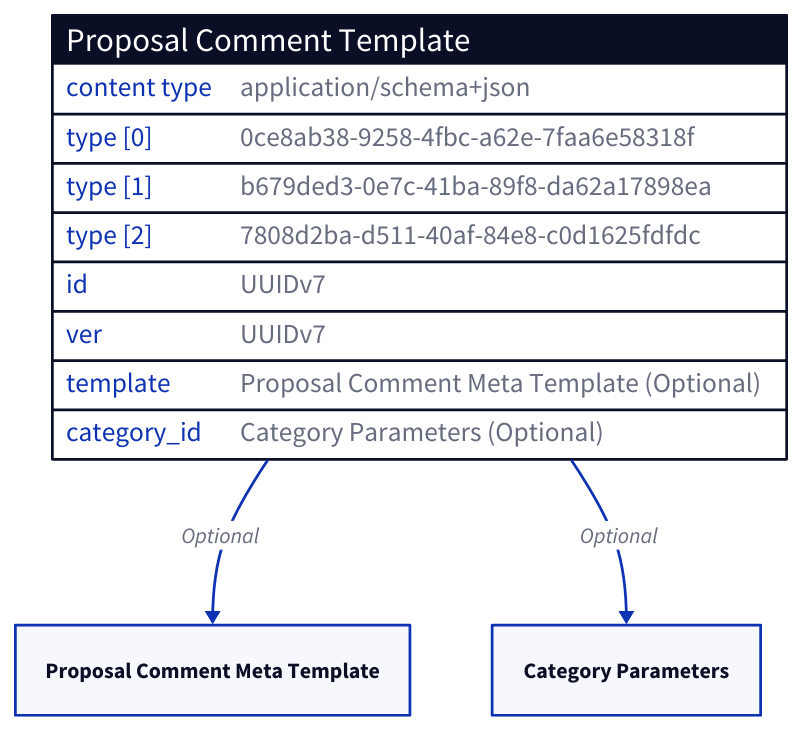
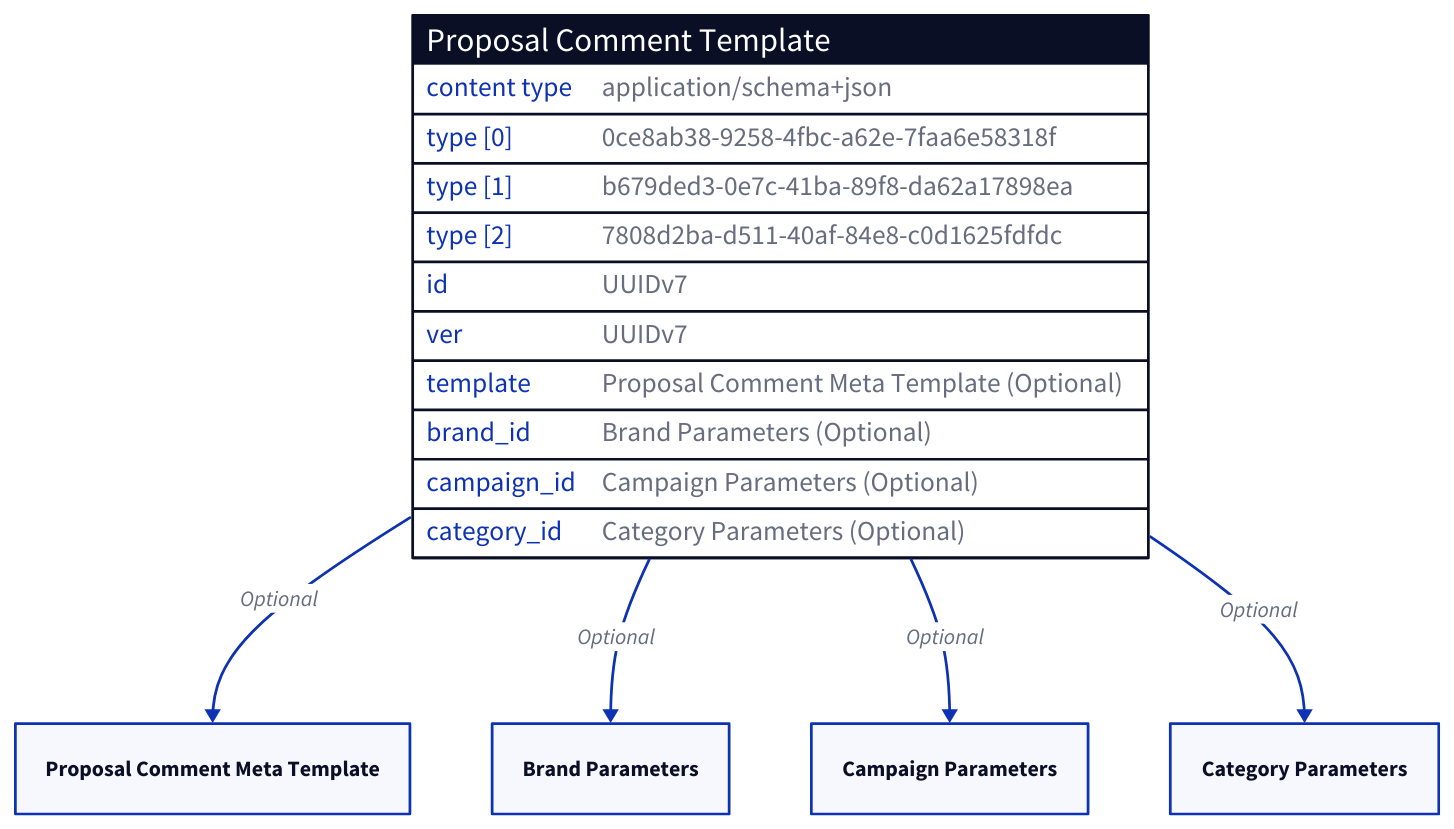
One commit to input-output-hk/catalyst-libs changed the diagram in docs/src/architecture/08_concepts/signed_doc/docs/proposal_comment_template.md. Above: the diagram before and after it, drawn with D2. The commit also changed other lines of this file and 31 other files, not shown here.

````diff
--- a/docs/src/architecture/08_concepts/signed_doc/docs/proposal_comment_template.md
+++ b/docs/src/architecture/08_concepts/signed_doc/docs/proposal_comment_template.md
@@ -15,17 +15,21 @@
 ```d2 layout="elk"
 "Proposal Comment Template": {
   shape: sql_table
   "content type": application/schema+json
   "type [0]": 0ce8ab38-9258-4fbc-a62e-7faa6e58318f
   "type [1]": b679ded3-0e7c-41ba-89f8-da62a17898ea
   "type [2]": 7808d2ba-d511-40af-84e8-c0d1625fdfdc
   "id": UUIDv7
   "ver": UUIDv7
   "template": Proposal Comment Meta Template (Optional)
+  "brand_id": Brand Parameters (Optional)
+  "campaign_id": Campaign Parameters (Optional)
   "category_id": Category Parameters (Optional)
 
 }
 
 "Proposal Comment Template"."template"->"Proposal Comment Meta Template": Optional
+"Proposal Comment Template"."brand_id"->"Brand Parameters": Optional
+"Proposal Comment Template"."campaign_id"->"Campaign Parameters": Optional
 "Proposal Comment Template"."category_id"->"Category Parameters": Optional
 ```
````
